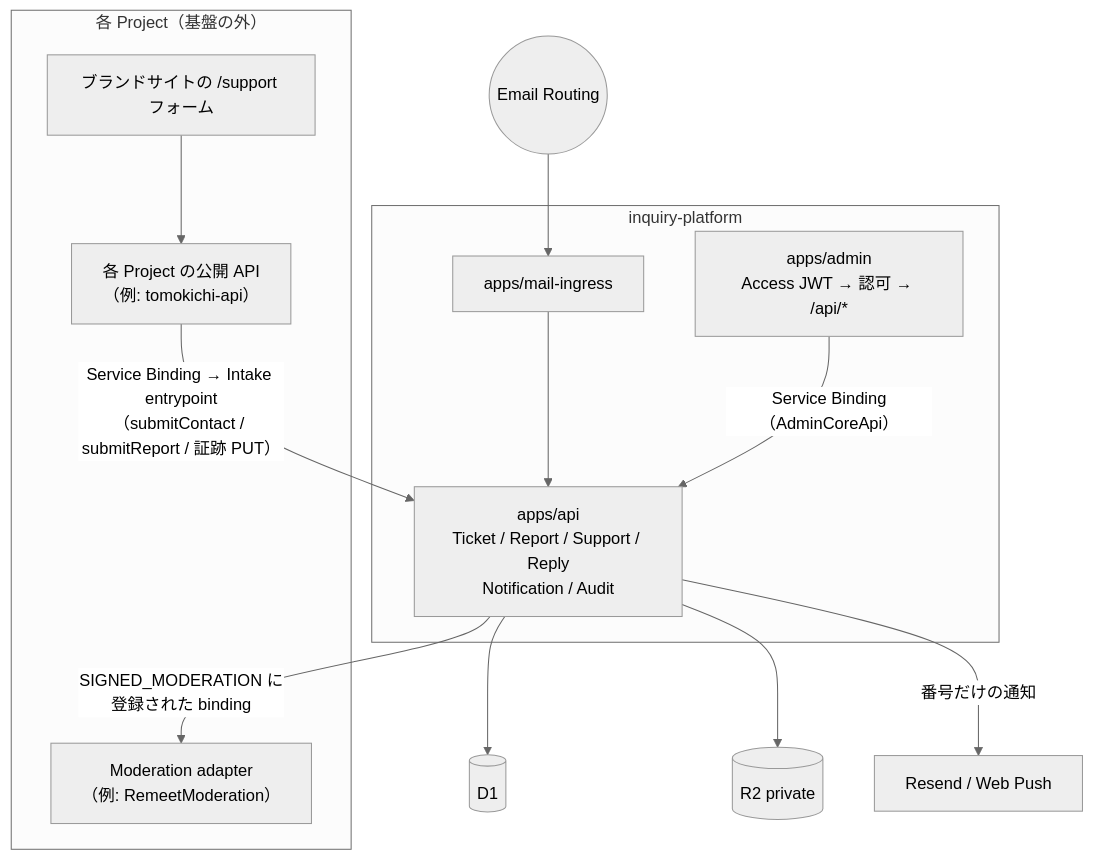
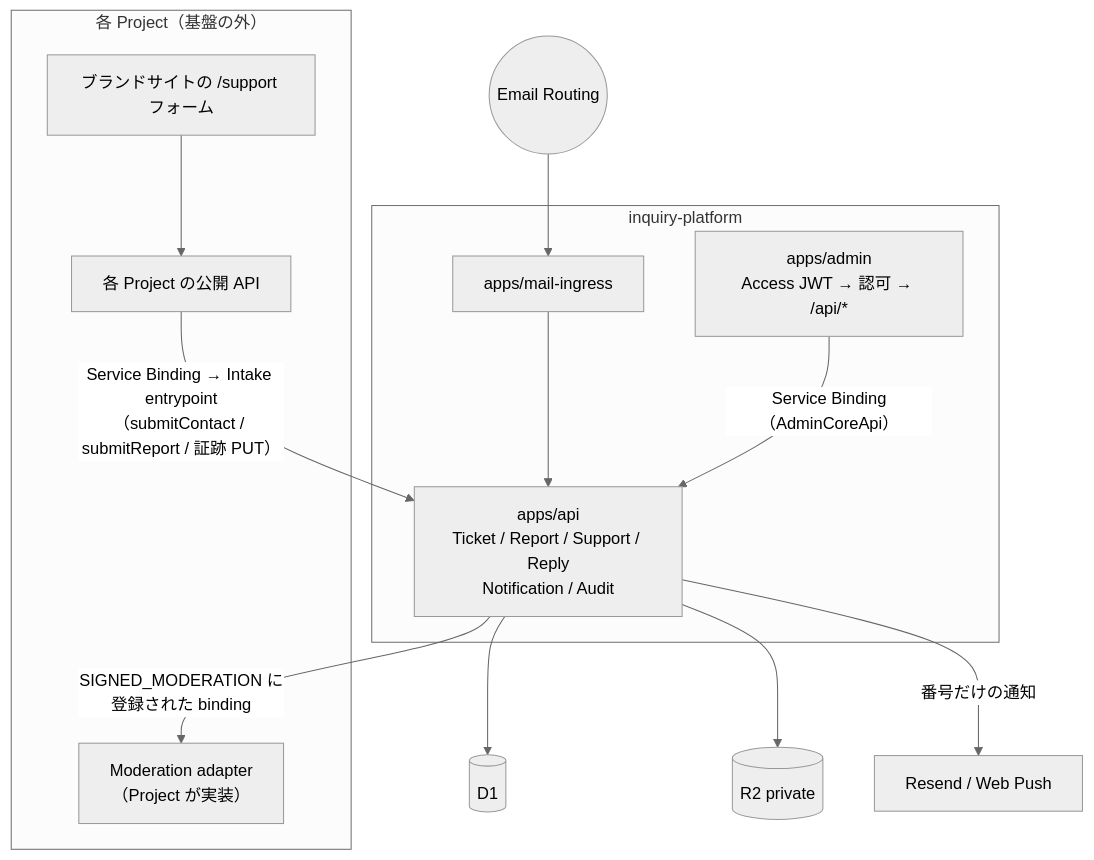
Before and after one commit to tomoki013/inquiry-platform: the diagram in docs/architecture/overview.md, drawn with Mermaid (neutral theme). The commit also changed other lines of this file and 67 other files, not shown here.

````diff
--- a/docs/architecture/overview.md
+++ b/docs/architecture/overview.md
@@ -7,21 +7,21 @@
 ```mermaid
 flowchart TB
   subgraph Projects["各 Project（基盤の外）"]
     Site["ブランドサイトの /support フォーム"]
-    ProjAPI["各 Project の公開 API\n（例: tomokichi-api）"]
-    Adapter["Moderation adapter\n（例: RemeetModeration）"]
+    ProjAPI["各 Project の公開 API"]
+    Adapter["Moderation adapter\n（Project が実装）"]
   end
   subgraph Platform["inquiry-platform"]
     Admin["apps/admin\nAccess JWT → 認可 → /api/*"]
     Core["apps/api\nTicket / Report / Support / Reply\nNotification / Audit"]
     Ingress["apps/mail-ingress"]
   end
   Site --> ProjAPI
   ProjAPI -- "Service Binding → Intake entrypoint\n（submitContact / submitReport / 証跡 PUT）" --> Core
   Email((Email Routing)) --> Ingress --> Core
   Admin -- "Service Binding（AdminCoreApi）" --> Core
   Core -- "SIGNED_MODERATION に登録された binding" --> Adapter
   Core --> D1[(D1)]
   Core --> R2[(R2 private)]
   Core -- "番号だけの通知" --> Mail["Resend / Web Push"]
 ```
````
